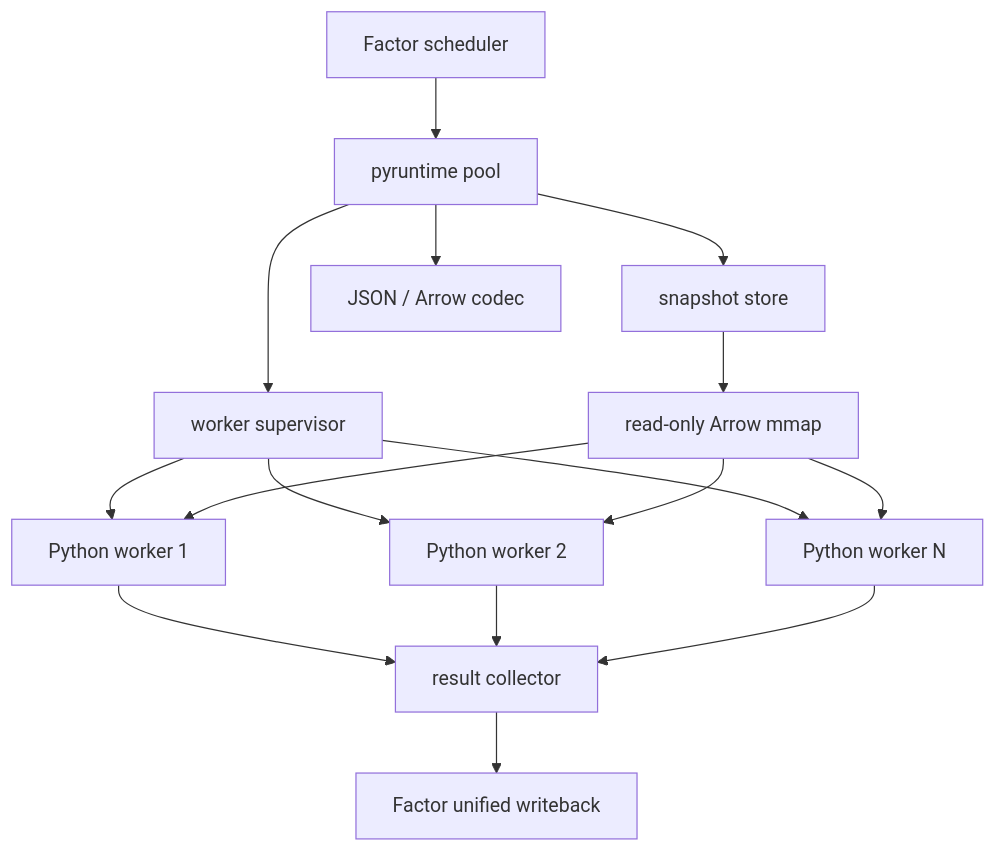
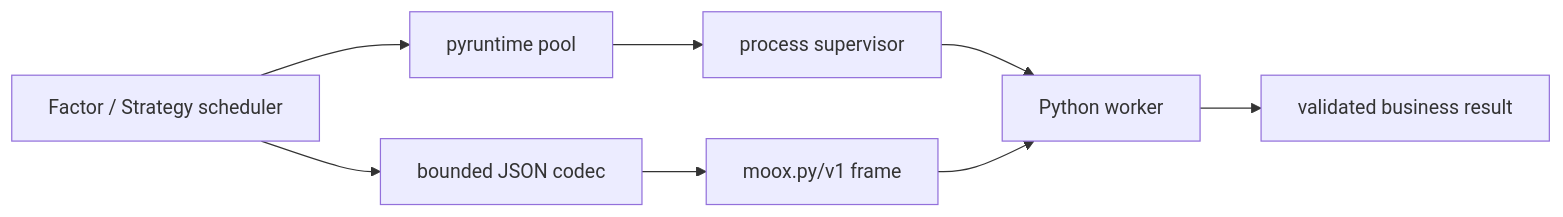
The diagram in docs/Python计算运行时架构设计.md (mooyang-code/moox), drawn with Mermaid before and after one commit. The commit also changed other lines of this file and 27 other files, not shown here.

````diff
--- a/docs/Python计算运行时架构设计.md
+++ b/docs/Python计算运行时架构设计.md
@@ -86,22 +53,10 @@
 ```mermaid
-flowchart TB
-  Factor["Factor scheduler"] --> Runtime["pyruntime pool"]
-
-  Runtime --> Supervisor["worker supervisor"]
-  Runtime --> Snapshots["snapshot store"]
-  Runtime --> Codec["JSON / Arrow codec"]
-
-  Supervisor --> W1["Python worker 1"]
-  Supervisor --> W2["Python worker 2"]
-  Supervisor --> WN["Python worker N"]
-
-  Snapshots --> Shared["read-only Arrow mmap"]
-  Shared --> W1
-  Shared --> W2
-  Shared --> WN
-
-  W1 --> Results["result collector"]
-  W2 --> Results
-  WN --> Results
-  Results --> FactorWrite["Factor unified writeback"]
+flowchart LR
+  Scheduler["Factor / Strategy scheduler"] --> Pool["pyruntime pool"]
+  Pool --> Supervisor["process supervisor"]
+  Supervisor --> Worker["Python worker"]
+  Scheduler --> Codec["bounded JSON codec"]
+  Codec --> Frame["moox.py/v1 frame"]
+  Frame --> Worker
+  Worker --> Result["validated business result"]
 ```
````
